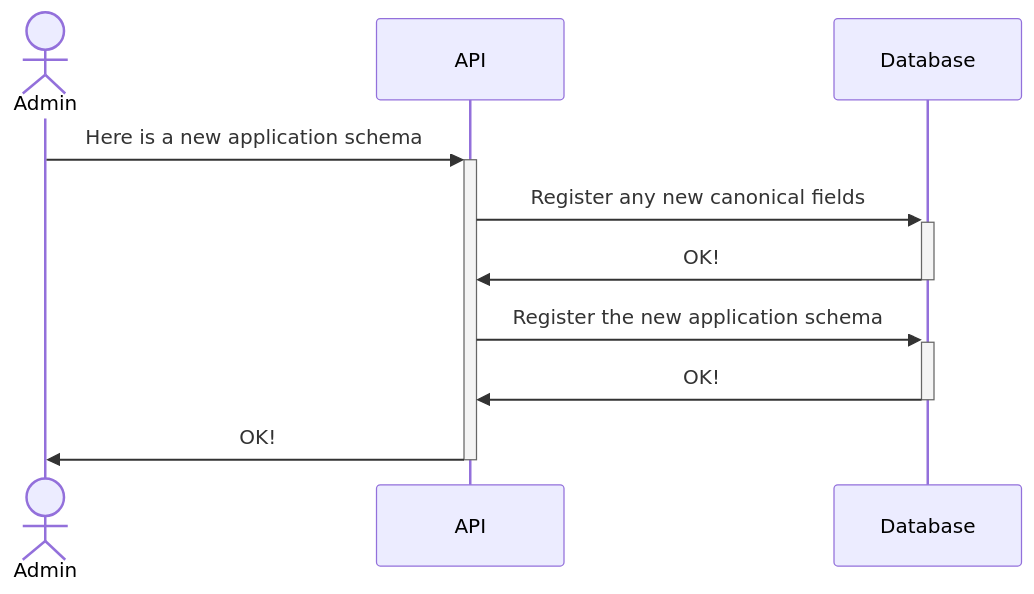
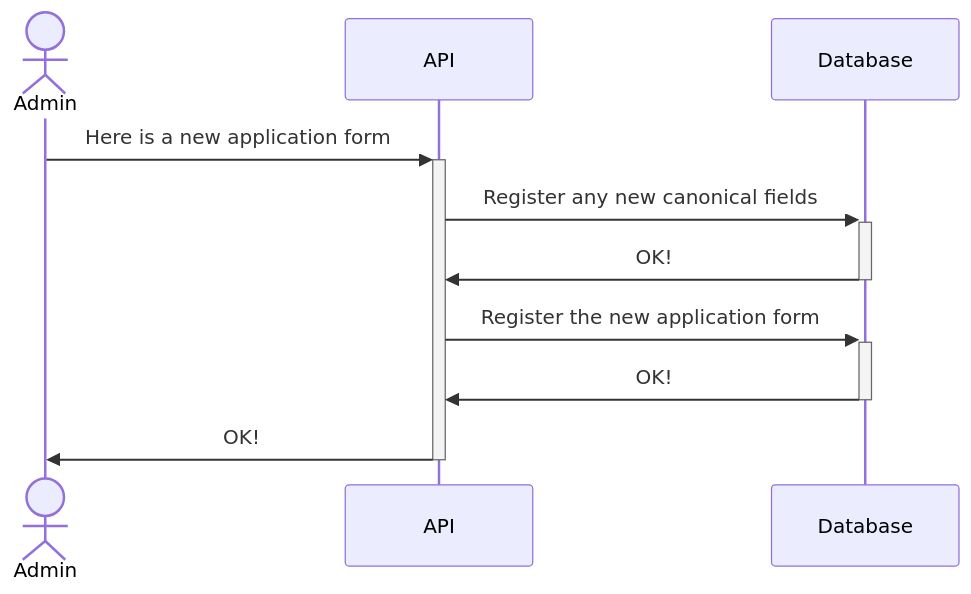
Before and after one commit to PhilanthropyDataCommons/service: the second of 4 diagrams in docs/ENTITY_RELATIONSHIP_DIAGRAM.md, drawn with Mermaid. The commit also changed other lines of this file, not shown here.

First line of the commit message:
Rename application schema in documentation

````diff
--- a/docs/ENTITY_RELATIONSHIP_DIAGRAM.md
+++ b/docs/ENTITY_RELATIONSHIP_DIAGRAM.md
@@ -121,12 +121,12 @@
 ```mermaid
 sequenceDiagram
   actor Admin
   participant API
   participant Database
-  Admin ->>+ API : Here is a new application schema
+  Admin ->>+ API : Here is a new application form
   API ->>+ Database : Register any new canonical fields
   Database ->>- API : OK!
-  API ->>+ Database : Register the new application schema
+  API ->>+ Database : Register the new application form
   Database ->>- API : OK!
   API ->>- Admin :  OK!
 ```
````
